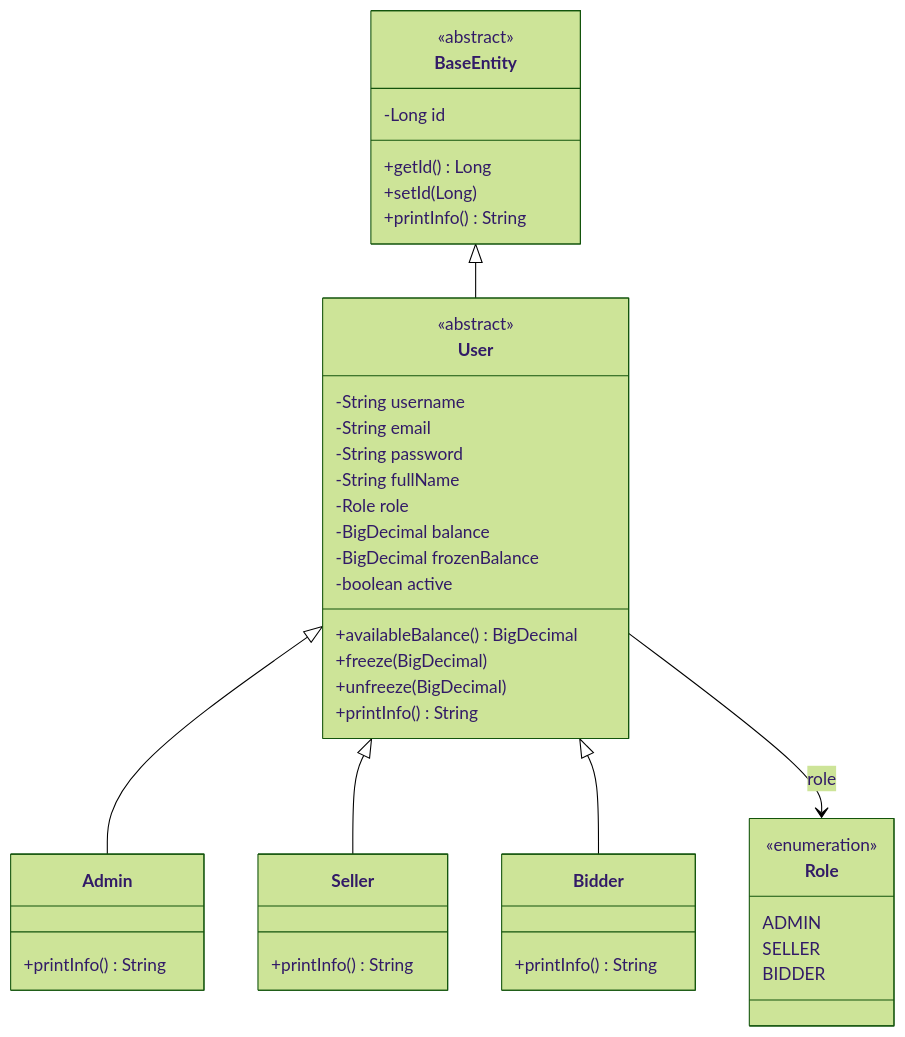
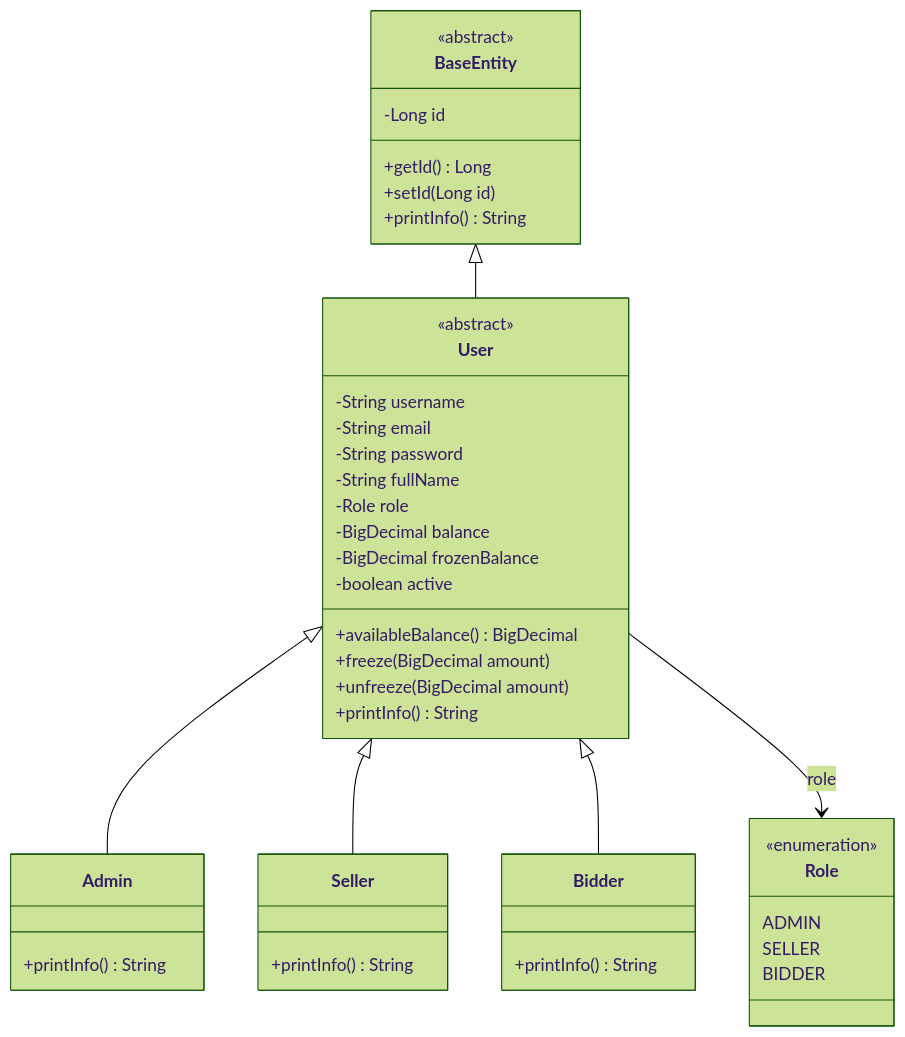
One commit to quagn-collab/GROUP-6-BTL changed the first of 6 diagrams in docs/class-diagrams/README.md. Above: the diagram before and after it, drawn with Mermaid (forest theme).

Commit message:
feat: init dia

````diff
--- a/docs/class-diagrams/README.md
+++ b/docs/class-diagrams/README.md
@@ -15,53 +15,51 @@
 ```mermaid
 classDiagram
-    direction TB
-
     class BaseEntity {
         <<abstract>>
         -Long id
         +getId() Long
-        +setId(Long)
+        +setId(Long id)
         +printInfo() String
     }
 
     class User {
         <<abstract>>
         -String username
         -String email
         -String password
         -String fullName
         -Role role
         -BigDecimal balance
         -BigDecimal frozenBalance
         -boolean active
         +availableBalance() BigDecimal
-        +freeze(BigDecimal)
-        +unfreeze(BigDecimal)
+        +freeze(BigDecimal amount)
+        +unfreeze(BigDecimal amount)
         +printInfo() String
     }
 
     class Admin {
         +printInfo() String
     }
 
     class Seller {
         +printInfo() String
     }
 
     class Bidder {
         +printInfo() String
     }
 
     class Role {
         <<enumeration>>
         ADMIN
         SELLER
         BIDDER
     }
 
     BaseEntity <|-- User
     User <|-- Admin
     User <|-- Seller
     User <|-- Bidder
     User --> Role : role
 ```
````
